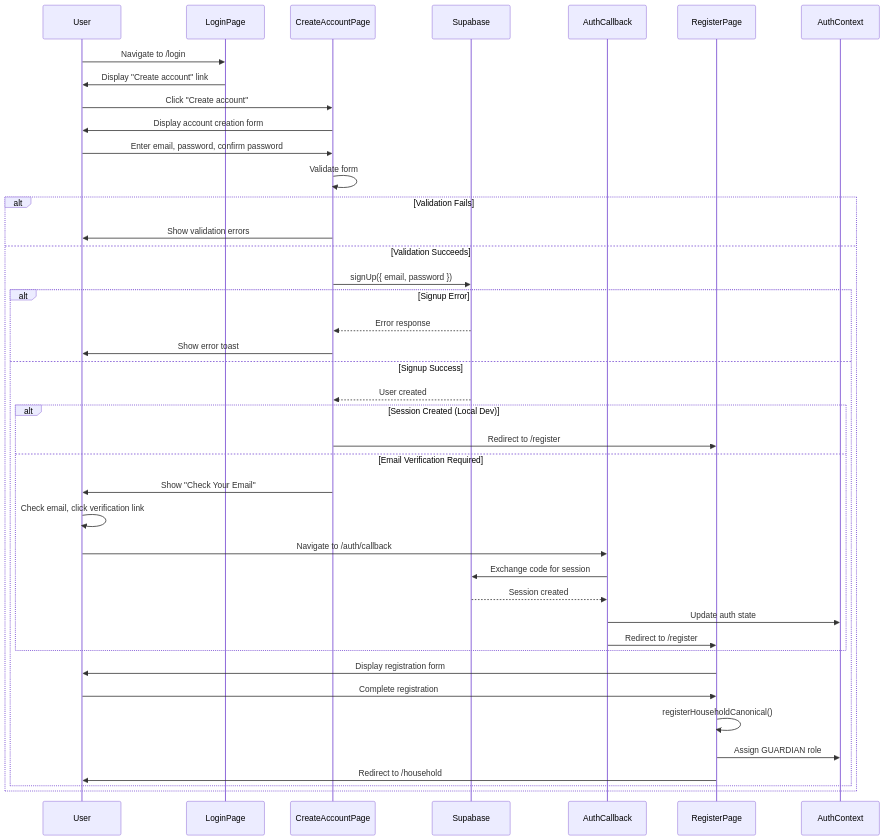
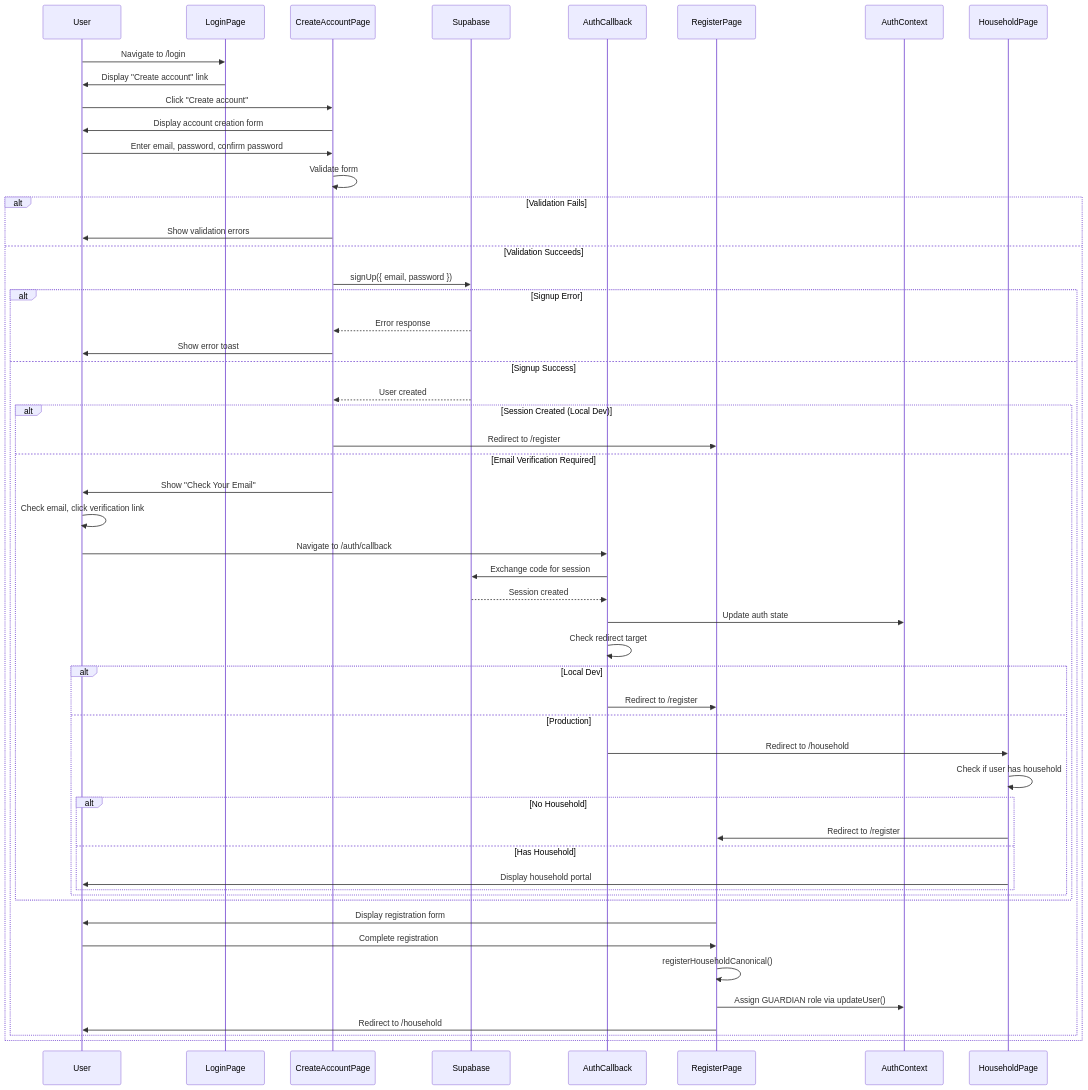
The second of 2 diagrams in docs/flows/shared/new-user-account-creation.md (tzlukoma/gather-kids), drawn with Mermaid before and after one commit. The commit also changed other lines of this file and 5 other files, not shown here.

````diff
--- a/docs/flows/shared/new-user-account-creation.md
+++ b/docs/flows/shared/new-user-account-creation.md
@@ -147,49 +156,60 @@
 ```mermaid
 sequenceDiagram
     participant User
     participant LoginPage
     participant CreateAccountPage
     participant Supabase
     participant AuthCallback
     participant RegisterPage
     participant AuthContext
 
     User->>LoginPage: Navigate to /login
     LoginPage->>User: Display "Create account" link
     User->>CreateAccountPage: Click "Create account"
     
     CreateAccountPage->>User: Display account creation form
     User->>CreateAccountPage: Enter email, password, confirm password
     CreateAccountPage->>CreateAccountPage: Validate form
     
     alt Validation Fails
         CreateAccountPage->>User: Show validation errors
     else Validation Succeeds
         CreateAccountPage->>Supabase: signUp({ email, password })
         
         alt Signup Error
             Supabase-->>CreateAccountPage: Error response
             CreateAccountPage->>User: Show error toast
         else Signup Success
             Supabase-->>CreateAccountPage: User created
             
             alt Session Created (Local Dev)
                 CreateAccountPage->>RegisterPage: Redirect to /register
             else Email Verification Required
                 CreateAccountPage->>User: Show "Check Your Email"
                 User->>User: Check email, click verification link
                 User->>AuthCallback: Navigate to /auth/callback
                 AuthCallback->>Supabase: Exchange code for session
                 Supabase-->>AuthCallback: Session created
                 AuthCallback->>AuthContext: Update auth state
-                AuthCallback->>RegisterPage: Redirect to /register
+                AuthCallback->>AuthCallback: Check redirect target
+                alt Local Dev
+                    AuthCallback->>RegisterPage: Redirect to /register
+                else Production
+                    AuthCallback->>HouseholdPage: Redirect to /household
+                    HouseholdPage->>HouseholdPage: Check if user has household
+                    alt No Household
+                        HouseholdPage->>RegisterPage: Redirect to /register
+                    else Has Household
+                        HouseholdPage->>User: Display household portal
+                    end
+                end
             end
             
             RegisterPage->>User: Display registration form
             User->>RegisterPage: Complete registration
             RegisterPage->>RegisterPage: registerHouseholdCanonical()
-            RegisterPage->>AuthContext: Assign GUARDIAN role
+            RegisterPage->>AuthContext: Assign GUARDIAN role via updateUser()
             RegisterPage->>User: Redirect to /household
         end
     end
 ```
````
